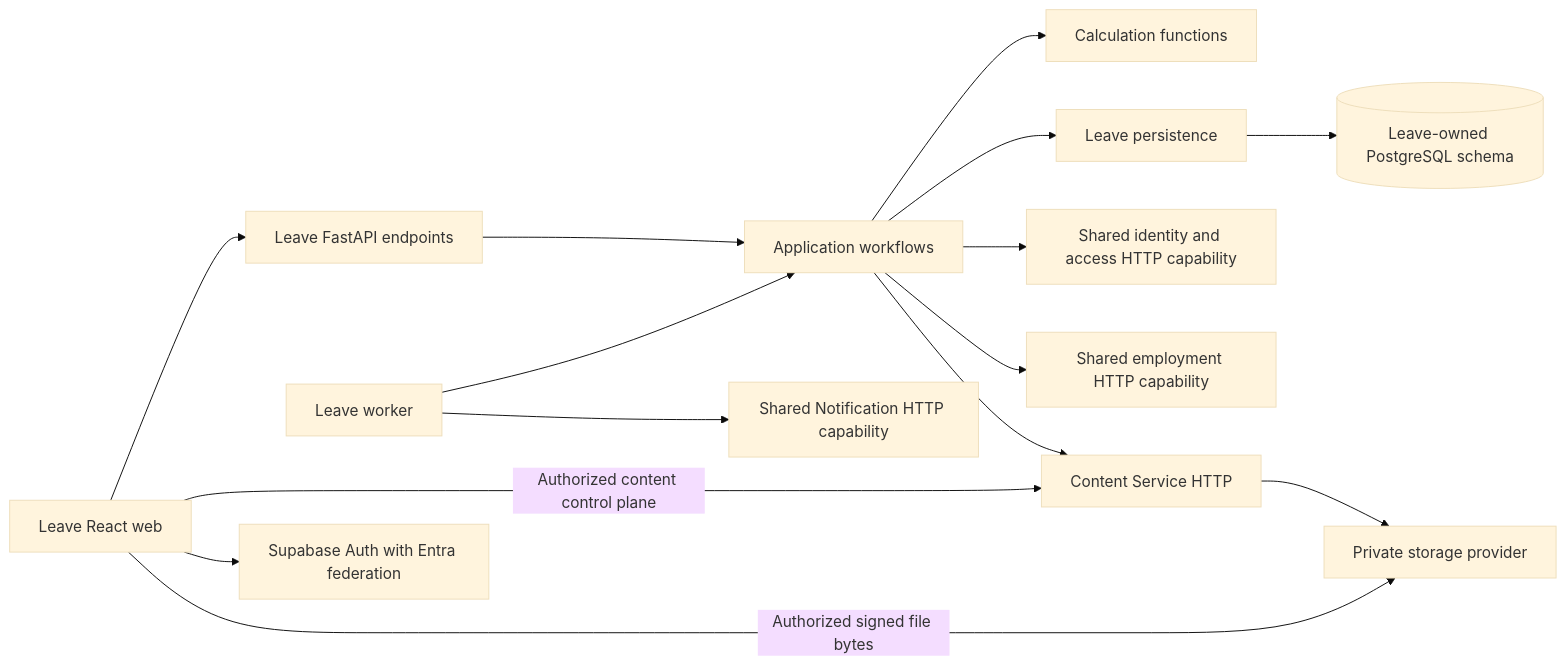
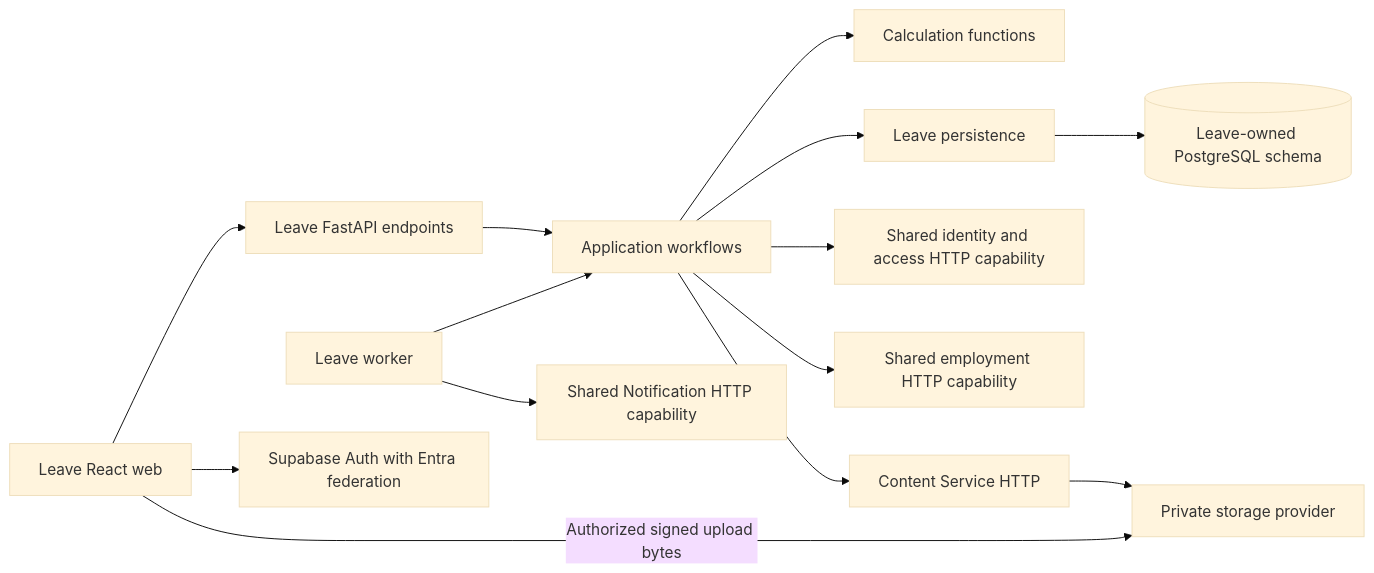
The diagram in apps/leave/docs/architecture/ARCHITECTURE-SPINE.md (Innodat/agriplatform), drawn with Mermaid (base theme) before and after one commit. The commit also changed other lines of this file and 25 other files, not shown here.

````diff
--- a/apps/leave/docs/architecture/ARCHITECTURE-SPINE.md
+++ b/apps/leave/docs/architecture/ARCHITECTURE-SPINE.md
@@ -72,17 +72,16 @@
 ```mermaid
 flowchart LR
   Web[Leave React web] --> API[Leave FastAPI endpoints]
   API --> Flow[Application workflows]
   Flow --> Calc[Calculation functions]
   Flow --> Data[Leave persistence]
   Data --> DB[(Leave-owned PostgreSQL schema)]
   Flow --> Access[Shared identity and access HTTP capability]
   Flow --> People[Shared employment HTTP capability]
   Flow --> Content[Content Service HTTP]
   Worker[Leave worker] --> Flow
   Worker --> Notify[Shared Notification HTTP capability]
-  Web -->|Authorized content control plane| Content
   Web --> Auth[Supabase Auth with Entra federation]
-  Web -->|Authorized signed file bytes| Storage[Private storage provider]
+  Web -->|Authorized signed upload bytes| Storage[Private storage provider]
   Content --> Storage
 ```
````
